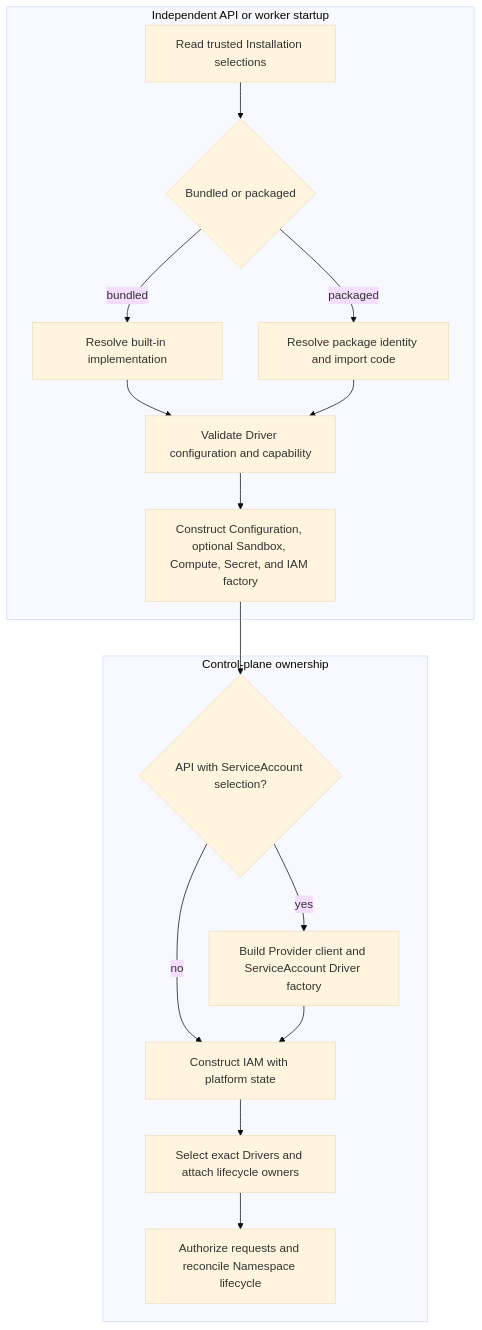
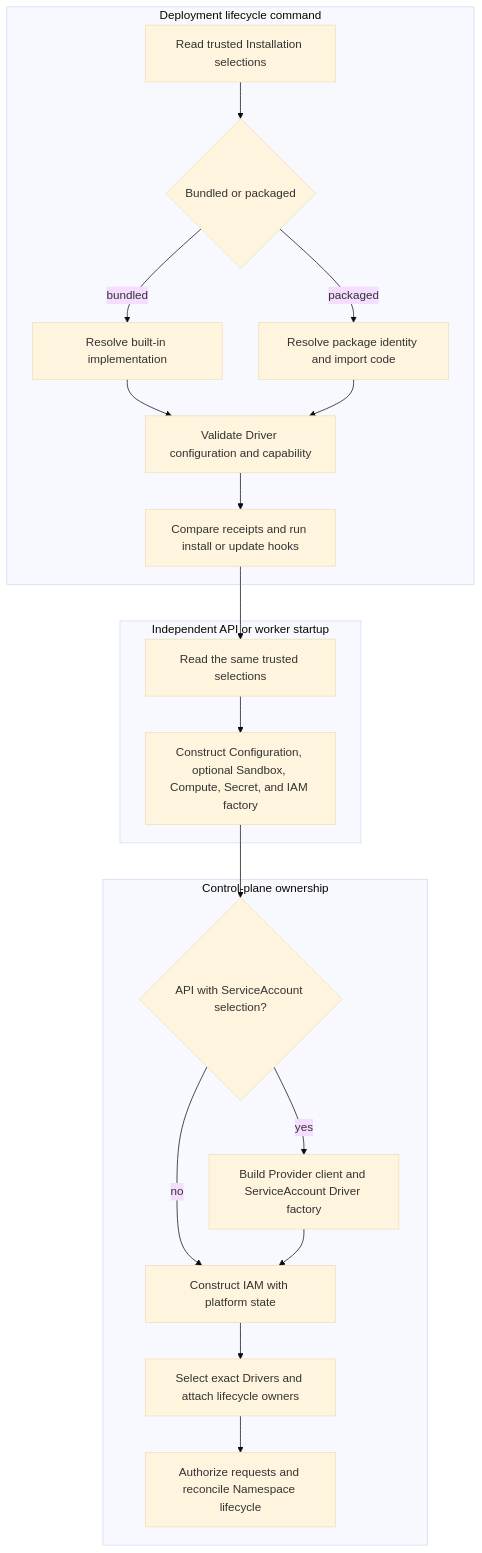
Before and after one commit to SebTardif/openclaw-enterprise: the diagram in docs/flows/driver-plugin-loading.md, drawn with Mermaid (base theme). The commit also changed other lines of this file and 47 other files, not shown here.

Commit message:
feat: add Installation Driver lifecycle hooks

````diff
--- a/docs/flows/driver-plugin-loading.md
+++ b/docs/flows/driver-plugin-loading.md
@@ -32,20 +35,25 @@
 ```mermaid
 graph TD
-  subgraph Startup["Independent API or worker startup"]
+  subgraph Deploy["Deployment lifecycle command"]
     A["Read trusted Installation selections"] --> B{"Bundled or packaged"}
     B -->|bundled| C["Resolve built-in implementation"]
     B -->|packaged| D["Resolve package identity and import code"]
     C --> E["Validate Driver configuration and capability"]
     D --> E
-    E --> F["Construct Configuration, optional Sandbox, Compute, Secret, and IAM factory"]
+    E --> R["Compare receipts and run install or update hooks"]
+  end
+
+  subgraph Startup["Independent API or worker startup"]
+    R --> S["Read the same trusted selections"]
+    S --> F["Construct Configuration, optional Sandbox, Compute, Secret, and IAM factory"]
   end
 
   subgraph OCC["Control-plane ownership"]
     F --> P{"API with ServiceAccount selection?"}
     P -->|yes| Q["Build Provider client and ServiceAccount Driver factory"]
     P -->|no| G["Construct IAM with platform state"]
     Q --> G
     G --> H["Select exact Drivers and attach lifecycle owners"]
     H --> I["Authorize requests and reconcile Namespace lifecycle"]
   end
 ```
````
